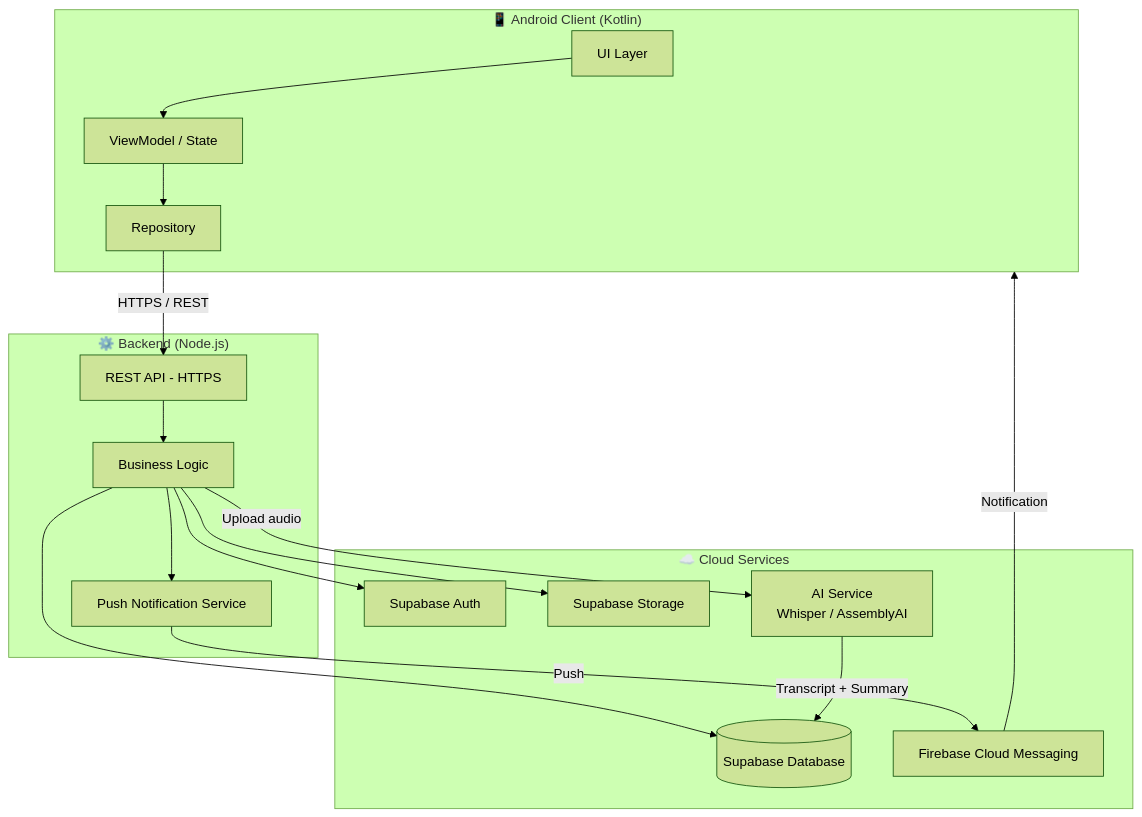
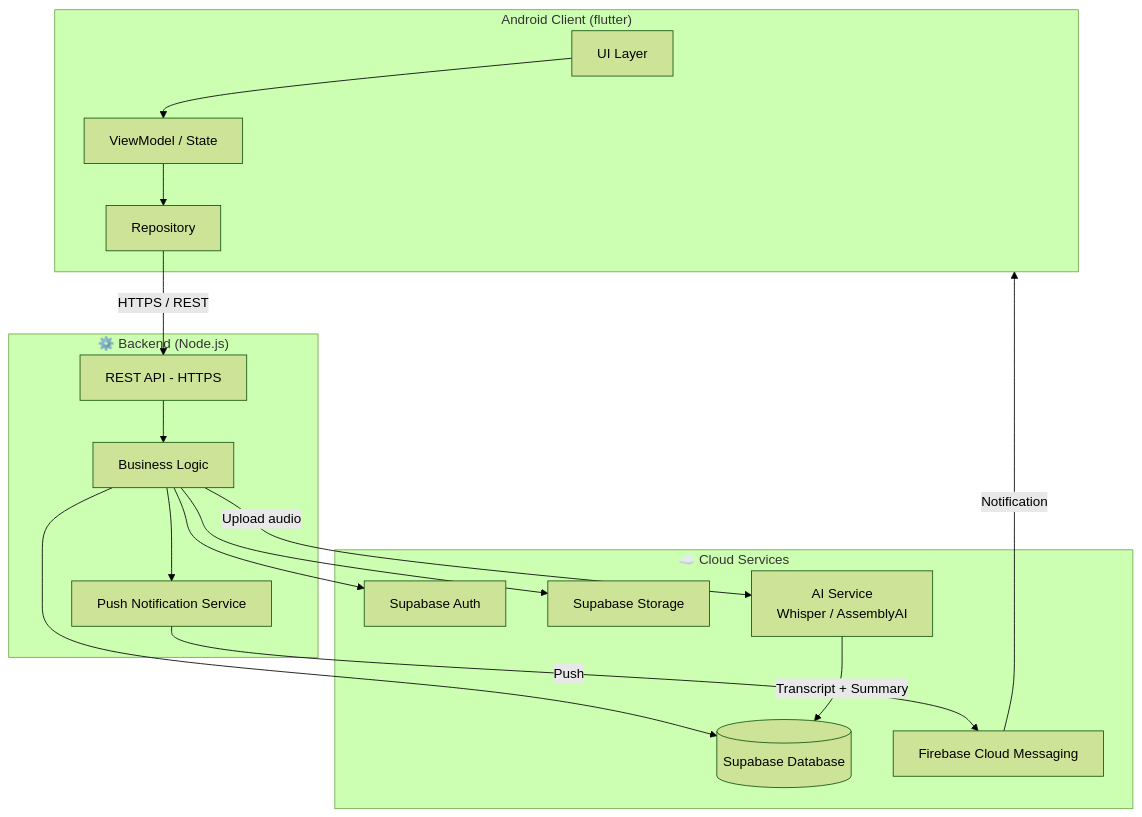
The first of 6 diagrams in README.md (ICtu-mobile-app-project/ictu-community-org), drawn with Mermaid (forest theme) before and after one commit.

Commit message:
Update Android client description from Kotlin to Flutter

````diff
--- a/README.md
+++ b/README.md
@@ -108,34 +108,34 @@
 ```mermaid
 graph TB
-    subgraph Mobile["📱 Android Client (Kotlin)"]
+    subgraph Mobile["Android Client (flutter)"]
         UI[UI Layer]
         VM[ViewModel / State]
         Repo[Repository]
     end
 
     subgraph Backend["⚙️ Backend (Node.js)"]
         API[REST API - HTTPS]
         BL[Business Logic]
         NotiSvc[Push Notification Service]
     end
 
     subgraph Cloud["☁️ Cloud Services"]
         SB_Auth[Supabase Auth]
         SB_DB[(Supabase Database)]
         SB_Store[Supabase Storage]
         AI[AI Service\nWhisper / AssemblyAI]
         FCM[Firebase Cloud Messaging]
     end
 
     UI --> VM --> Repo
     Repo -->|HTTPS / REST| API
     API --> BL
     BL --> SB_Auth
     BL --> SB_DB
     BL --> SB_Store
     BL -->|Upload audio| AI
     AI -->|Transcript + Summary| SB_DB
     BL --> NotiSvc
     NotiSvc -->|Push| FCM
     FCM -->|Notification| Mobile
 ```
````
